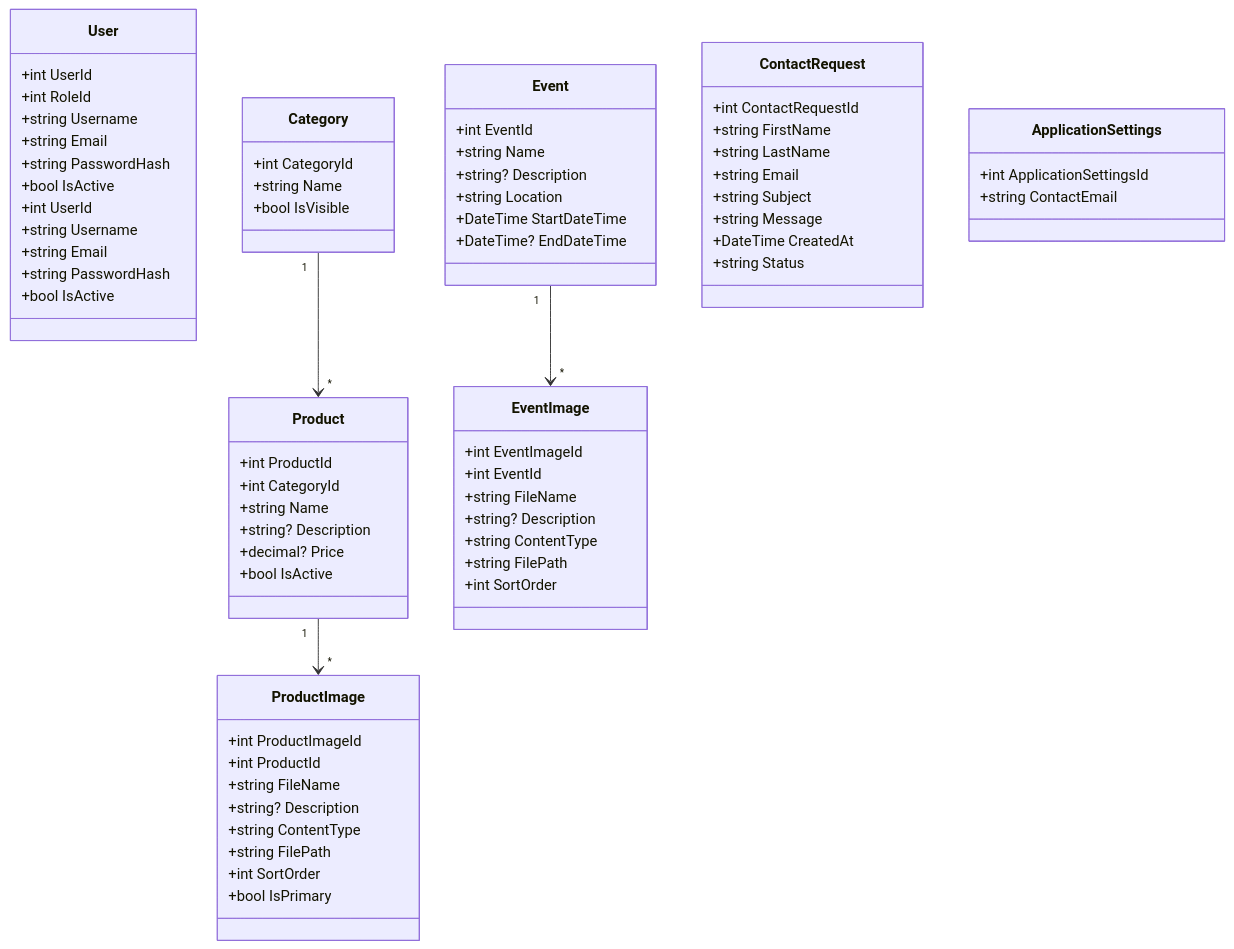
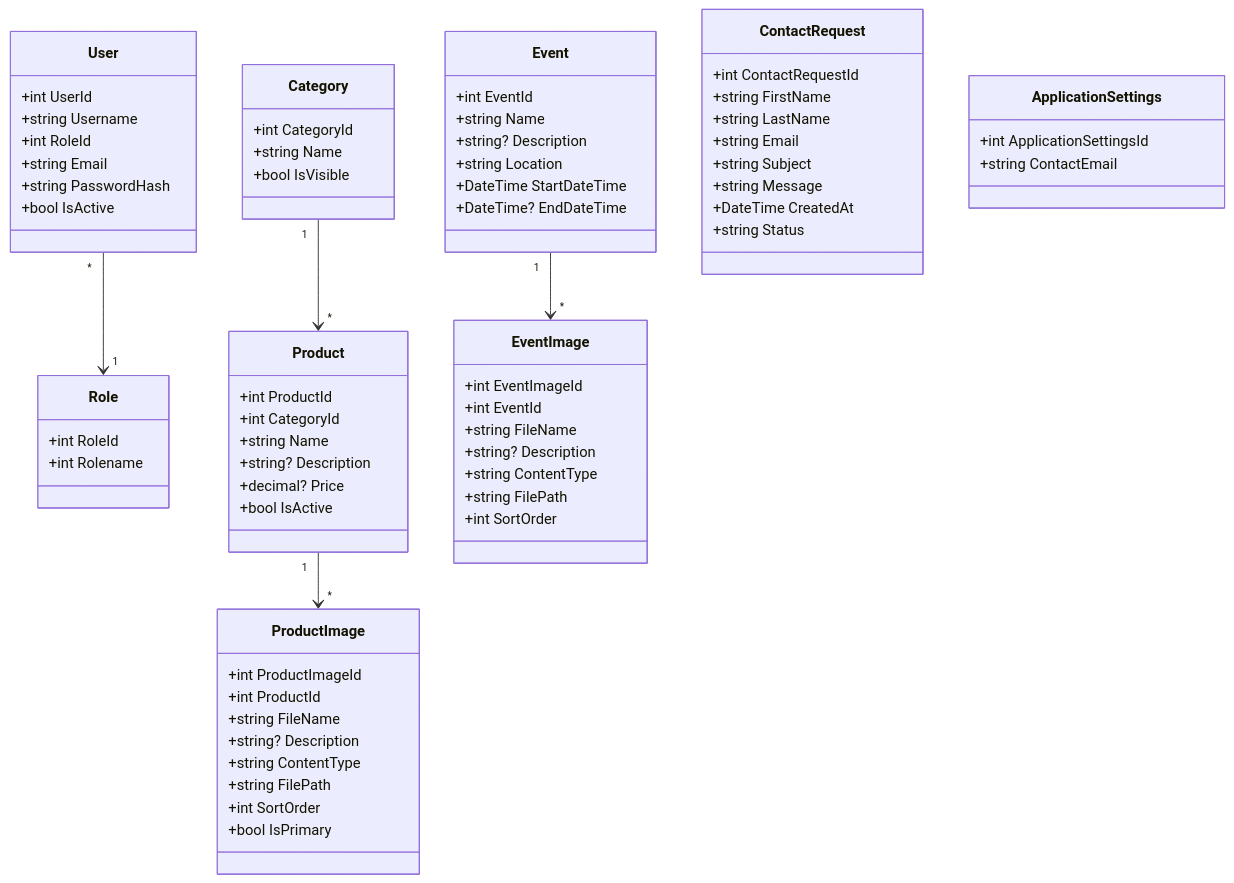
One commit to SchuelerfirmaBBS1/Webseite_Schuelerfirma_04 changed the diagram in documentation/UMLClassDiagram.mmd. Above: the diagram before and after it, drawn with Mermaid.

```diff
--- a/documentation/UMLClassDiagram.mmd
+++ b/documentation/UMLClassDiagram.mmd
@@ -1,81 +1,83 @@
 classDiagram
 
 class User {
     +int UserId
+    +string Username
     +int RoleId
-    +string Username
-    +string Email
-    +string PasswordHash
-    +bool IsActive
-    +int UserId
-    +string Username
     +string Email
     +string PasswordHash
     +bool IsActive
 }
+
+class Role {
+    +int RoleId
+    +int Rolename
+}
+
+User "*" --> "1" Role
 
 class Category {
     +int CategoryId
     +string Name
     +bool IsVisible
 }
 
 class Product {
     +int ProductId
     +int CategoryId
     +string Name
     +string? Description
     +decimal? Price
     +bool IsActive
 }
 
 class ProductImage {
     +int ProductImageId
     +int ProductId
     +string FileName
     +string? Description
     +string ContentType
     +string FilePath
     +int SortOrder
     +bool IsPrimary
 }
 
 Category "1" --> "*" Product
 Product "1" --> "*" ProductImage
 
 class Event {
     +int EventId
     +string Name
     +string? Description
     +string Location
     +DateTime StartDateTime
     +DateTime? EndDateTime
 }
 
 class EventImage {
     +int EventImageId
     +int EventId
     +string FileName
     +string? Description
     +string ContentType
     +string FilePath
     +int SortOrder
 }
 
 Event "1" --> "*" EventImage
 
 class ContactRequest {
     +int ContactRequestId
     +string FirstName
     +string LastName
     +string Email
     +string Subject
     +string Message
     +DateTime CreatedAt
     +string Status
 }
 
 class ApplicationSettings {
     +int ApplicationSettingsId
     +string ContactEmail
 }
```
